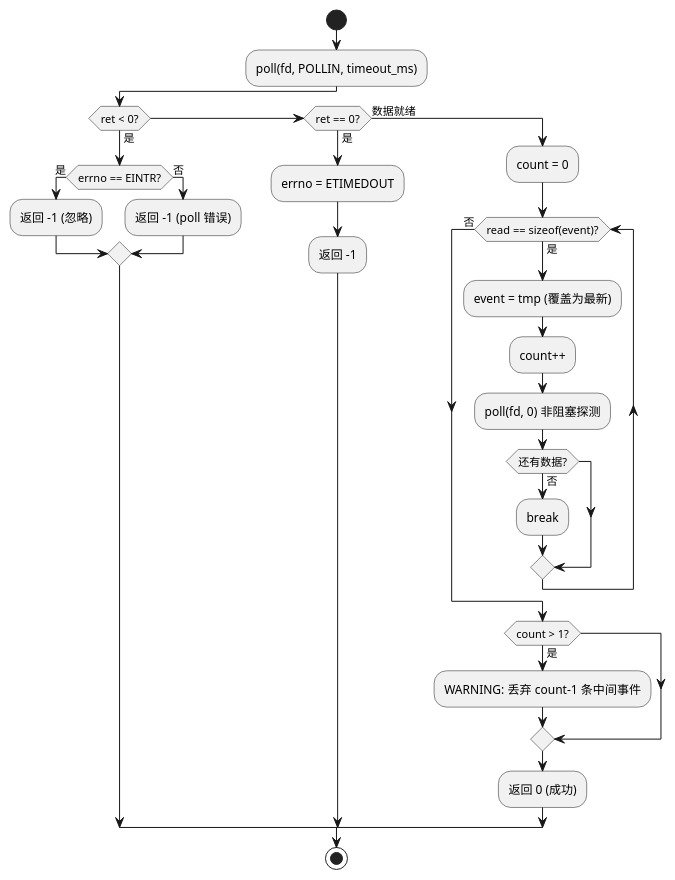
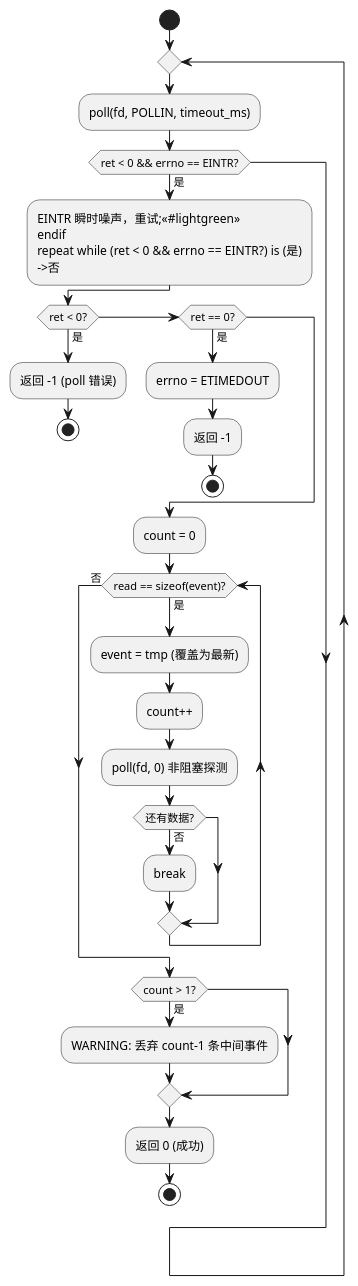
One commit to lechao365/AndroidSystemEnhance changed the eighth of 13 diagrams in docs/02-IO增强/02.02-HAL增强-lciod-hal.md. Above: the diagram before and after it, drawn with PlantUML. The commit also changed other lines of this file and 184 other files, not shown here.

````diff
--- a/docs/02-IO增强/02.02-HAL增强-lciod-hal.md
+++ b/docs/02-IO增强/02.02-HAL增强-lciod-hal.md
@@ -347,31 +348,34 @@
 ```plantuml
 @startuml
 start
+repeat
 :poll(fd, POLLIN, timeout_ms);
+if (ret < 0 && errno == EINTR?) then (是)
+    :EINTR 瞬时噪声，重试;<<#lightgreen>>
+endif
+repeat while (ret < 0 && errno == EINTR?) is (是)
+->否;
 if (ret < 0?) then (是)
-    if (errno == EINTR?) then (是)
-        :返回 -1 (忽略);
-    else (否)
-        :返回 -1 (poll 错误);
-    endif
+    :返回 -1 (poll 错误);
+    stop
 elseif (ret == 0?) then (是)
     :errno = ETIMEDOUT;
     :返回 -1;
-else (数据就绪)
-    :count = 0;
-    while (read == sizeof(event)?) is (是)
-        :event = tmp (覆盖为最新);
-        :count++;
-        :poll(fd, 0) 非阻塞探测;
-        if (还有数据?) then (否)
-            :break;
-        endif
-    endwhile (否)
-    if (count > 1?) then (是)
-        :WARNING: 丢弃 count-1 条中间事件;
+    stop
+endif
+:count = 0;
+while (read == sizeof(event)?) is (是)
+    :event = tmp (覆盖为最新);
+    :count++;
+    :poll(fd, 0) 非阻塞探测;
+    if (还有数据?) then (否)
+        :break;
     endif
-    :返回 0 (成功);
+endwhile (否)
+if (count > 1?) then (是)
+    :WARNING: 丢弃 count-1 条中间事件;
 endif
+:返回 0 (成功);
 stop
 @enduml
 ```
````
